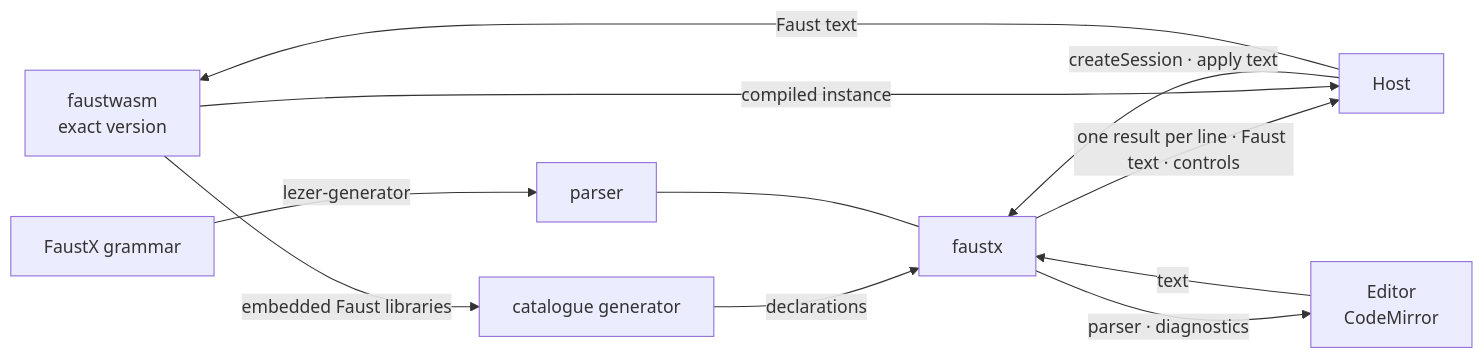
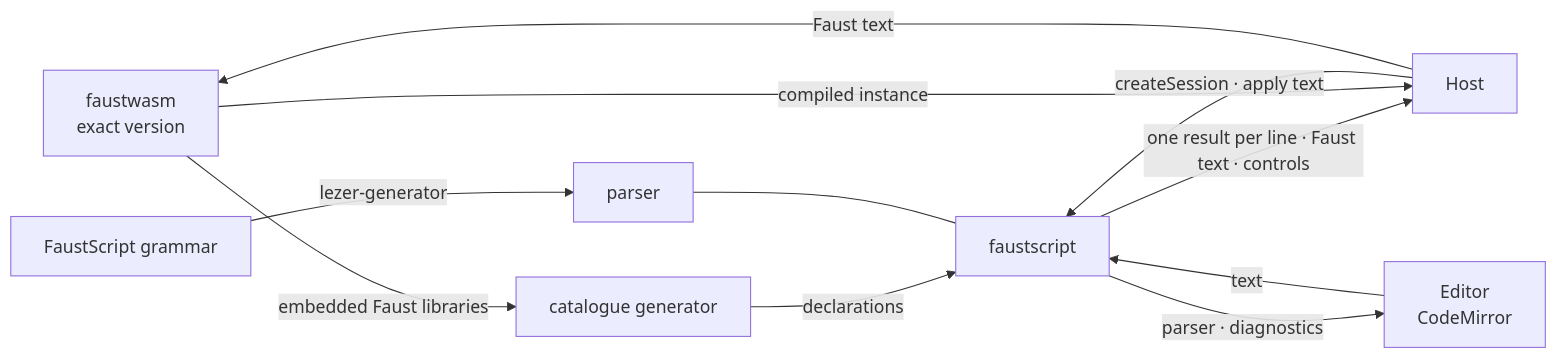
Before and after one commit to roomi-fields/faustscript: the first of 3 diagrams in docs/ARCHITECTURE.md, drawn with Mermaid. The commit also changed other lines of this file and 66 other files, not shown here.

First line of the commit message:
refactor: FaustX is renamed FaustScript, its files end in .fsc (faustx-zj5.47)

````diff
--- a/docs/ARCHITECTURE.md
+++ b/docs/ARCHITECTURE.md
@@ -9,18 +9,18 @@
 ```mermaid
 flowchart LR
   fw[faustwasm<br>exact version]
   gen[catalogue generator]
-  gram[FaustX grammar] -->|lezer-generator| parser[parser]
+  gram[FaustScript grammar] -->|lezer-generator| parser[parser]
   fw -->|embedded Faust libraries| gen
   gen -->|declarations| fx
   parser --- fx
   host[Host]
   editor[Editor<br>CodeMirror]
-  fx[faustx]
+  fx[faustscript]
   host -->|createSession · apply text| fx
   fx -->|one result per line · Faust text · controls| host
   host -->|Faust text| fw
   fw -->|compiled instance| host
   editor -->|text| fx
   fx -->|parser · diagnostics| editor
 ```
````
